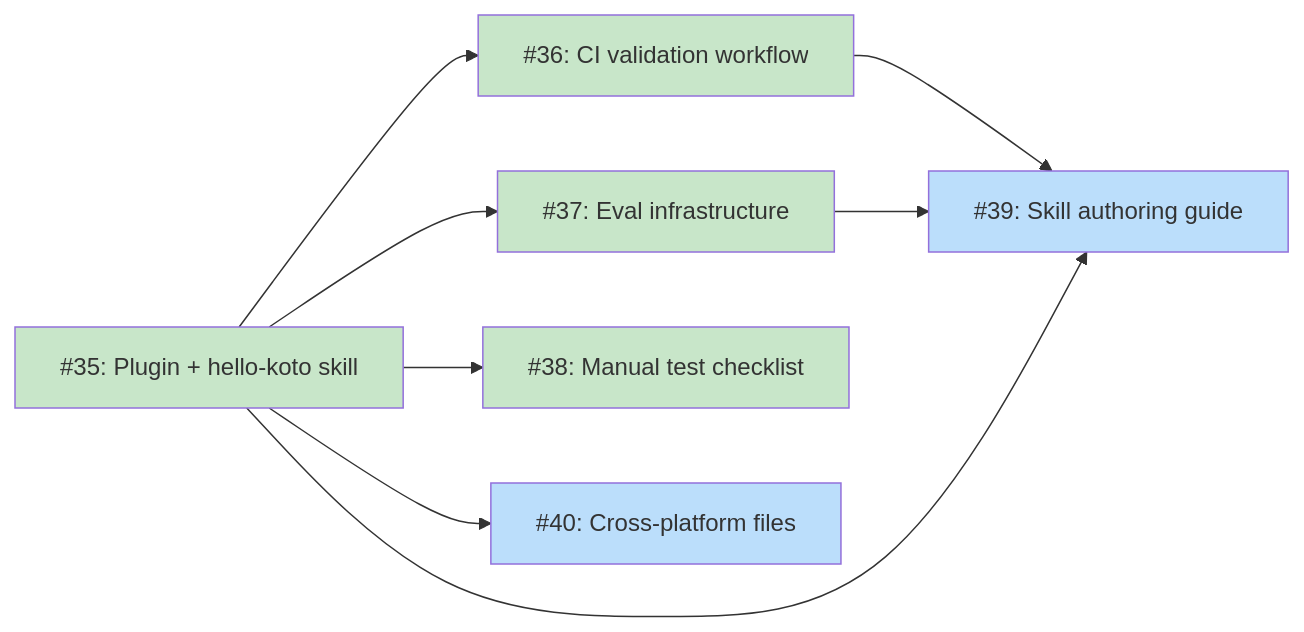
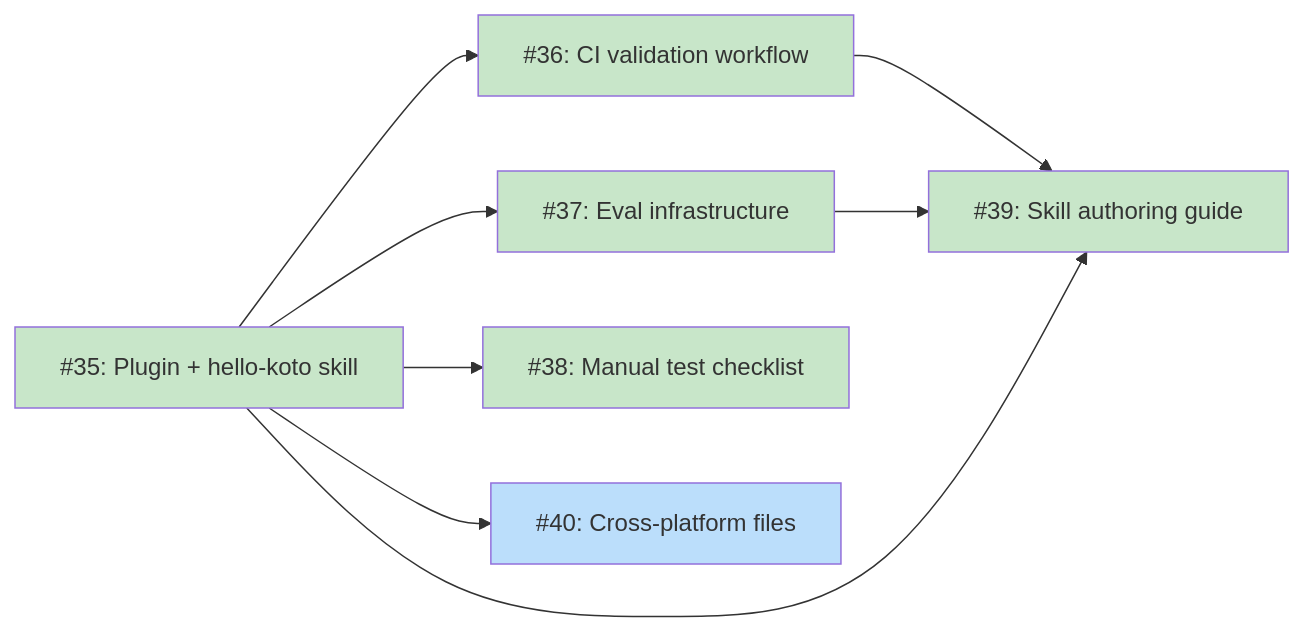
Before and after one commit to tsukumogami/koto: the diagram in docs/designs/DESIGN-koto-agent-integration.md, drawn with Mermaid. The commit also changed other lines of this file and 1 other file, not shown here.

Commit message:
docs: mark #39 (skill authoring guide) as done, update diagram

````diff
--- a/docs/designs/DESIGN-koto-agent-integration.md
+++ b/docs/designs/DESIGN-koto-agent-integration.md
@@ -51,26 +51,26 @@
 ```mermaid
 graph LR
     I35["#35: Plugin + hello-koto skill"]
     I36["#36: CI validation workflow"]
     I37["#37: Eval infrastructure"]
     I38["#38: Manual test checklist"]
     I39["#39: Skill authoring guide"]
     I40["#40: Cross-platform files"]
 
     I35 --> I36
     I35 --> I37
     I35 --> I38
     I35 --> I40
     I36 --> I39
     I37 --> I39
     I35 --> I39
 
     classDef done fill:#c8e6c9
     classDef ready fill:#bbdefb
     classDef blocked fill:#fff9c4
     classDef needsDesign fill:#e1bee7
     classDef tracksDesign fill:#FFE0B2,stroke:#F57C00,color:#000
 
-    class I35,I36,I37,I38 done
-    class I39,I40 ready
+    class I35,I36,I37,I38,I39 done
+    class I40 ready
 ```
````
